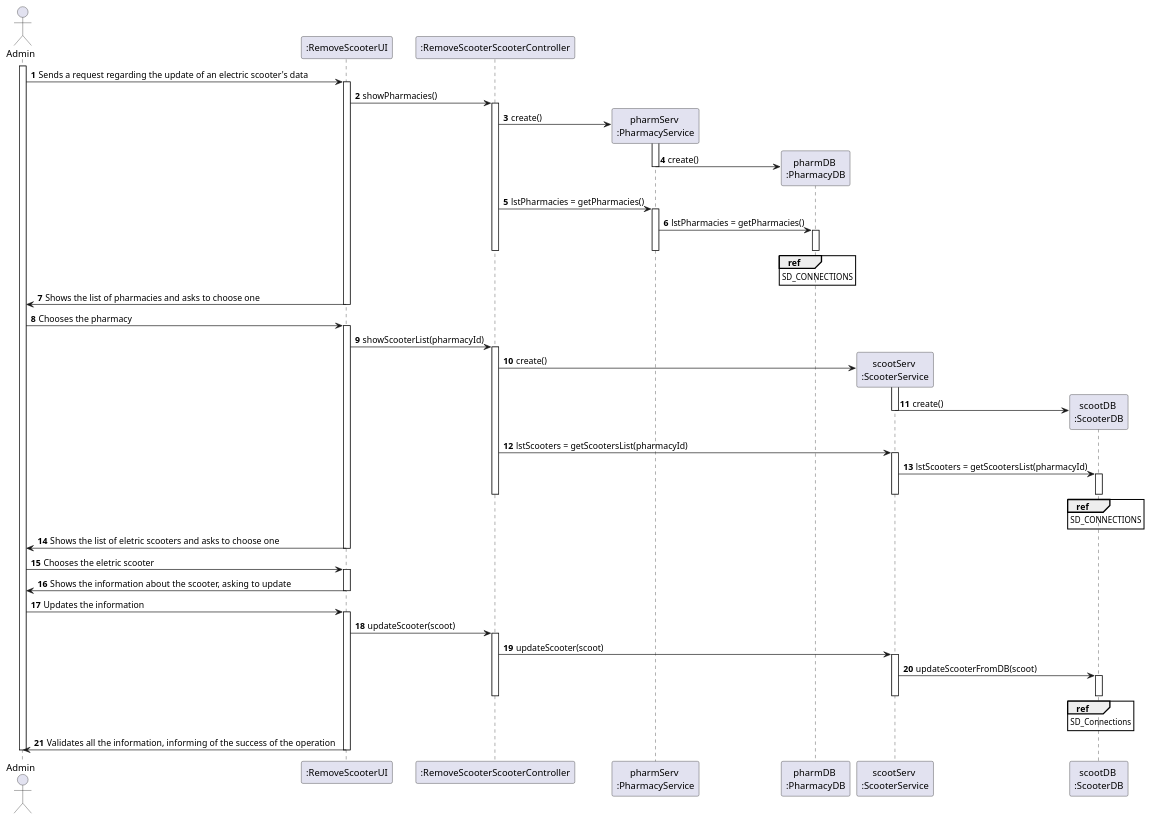
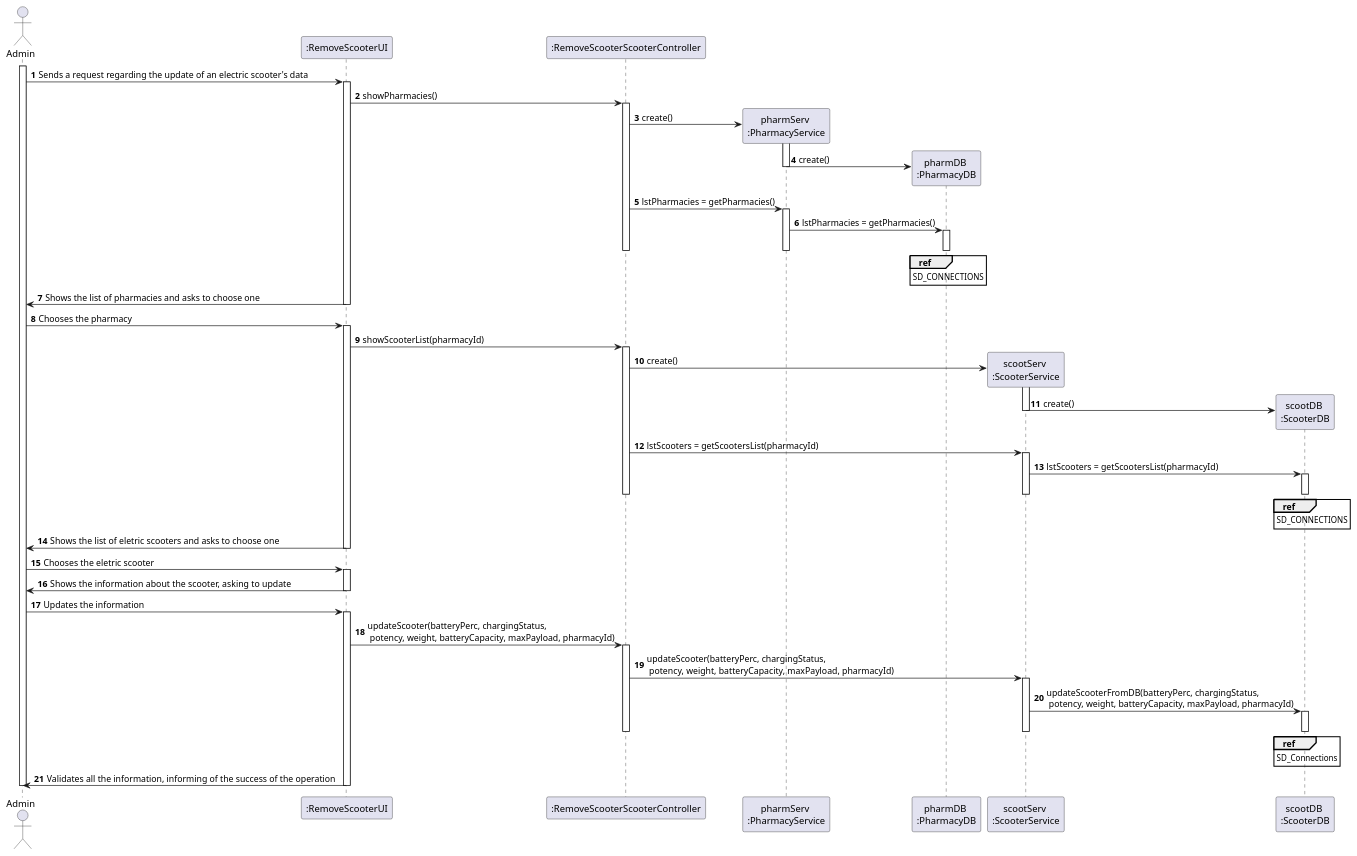
The diagram in docs/Iteration 2/Scooter Management/US32_UpdateScooter/Refinement/US32_SD.puml (tiagoavcosta25/LAPR3), drawn with PlantUML before and after one commit. The commit also changed 12 other files, not shown here.

```diff
--- a/docs/Iteration 2/Scooter Management/US32_UpdateScooter/Refinement/US32_SD.puml
+++ b/docs/Iteration 2/Scooter Management/US32_UpdateScooter/Refinement/US32_SD.puml
@@ -1,81 +1,81 @@
 @startuml
 autonumber
 actor "Admin" as ADMIN
 
 participant ":RemoveScooterUI" as UI
 participant ":RemoveScooterScooterController" as CTRL
 participant "pharmServ \n:PharmacyService" as PHS
 participant "pharmDB \n:PharmacyDB" as PHDB
 participant "scootServ \n:ScooterService" as SS
 participant "scootDB \n:ScooterDB" as SDB
 
 activate ADMIN
 
 ADMIN -> UI : Sends a request regarding the update of an electric scooter's data
 activate UI
 UI -> CTRL : showPharmacies()
 activate CTRL
 CTRL -> PHS ** : create()
 activate PHS
 PHS -> PHDB ** : create()
 deactivate PHS
 CTRL -> PHS : lstPharmacies = getPharmacies()
 activate PHS
 PHS -> PHDB : lstPharmacies = getPharmacies()
 activate PHDB
 ref over PHDB
 SD_CONNECTIONS
 end ref
 deactivate PHDB
 deactivate PHS
 deactivate CTRL
 UI -> ADMIN : Shows the list of pharmacies and asks to choose one
 deactivate UI
 
 ADMIN -> UI : Chooses the pharmacy
 activate UI
 UI -> CTRL : showScooterList(pharmacyId)
 activate CTRL
 CTRL -> SS ** : create()
 activate SS
 SS -> SDB ** : create()
 deactivate SS
 CTRL -> SS : lstScooters = getScootersList(pharmacyId)
 activate SS
 SS -> SDB : lstScooters = getScootersList(pharmacyId)
 activate SDB
 ref over SDB
 SD_CONNECTIONS
 end ref
 deactivate SDB
 deactivate SS
 deactivate CTRL
 UI -> ADMIN : Shows the list of eletric scooters and asks to choose one
 deactivate UI
 ADMIN -> UI : Chooses the eletric scooter
 activate UI
 
 UI -> ADMIN : Shows the information about the scooter, asking to update
 deactivate UI
 
 ADMIN -> UI : Updates the information
 activate UI
-UI -> CTRL : updateScooter(scoot)
+UI -> CTRL : updateScooter(batteryPerc, chargingStatus,\n potency, weight, batteryCapacity, maxPayload, pharmacyId)
 activate CTRL
-CTRL -> SS : updateScooter(scoot)
+CTRL -> SS : updateScooter(batteryPerc, chargingStatus,\n potency, weight, batteryCapacity, maxPayload, pharmacyId)
 activate SS
-SS -> SDB : updateScooterFromDB(scoot)
+SS -> SDB : updateScooterFromDB(batteryPerc, chargingStatus,\n potency, weight, batteryCapacity, maxPayload, pharmacyId)
 activate SDB
 ref over SDB
 SD_Connections
 end ref
 deactivate SDB
 deactivate SS
 deactivate CTRL
 UI -> ADMIN : Validates all the information, informing of the success of the operation
 
 deactivate UI
 
 deactivate ADMIN
 
 @enduml
```
